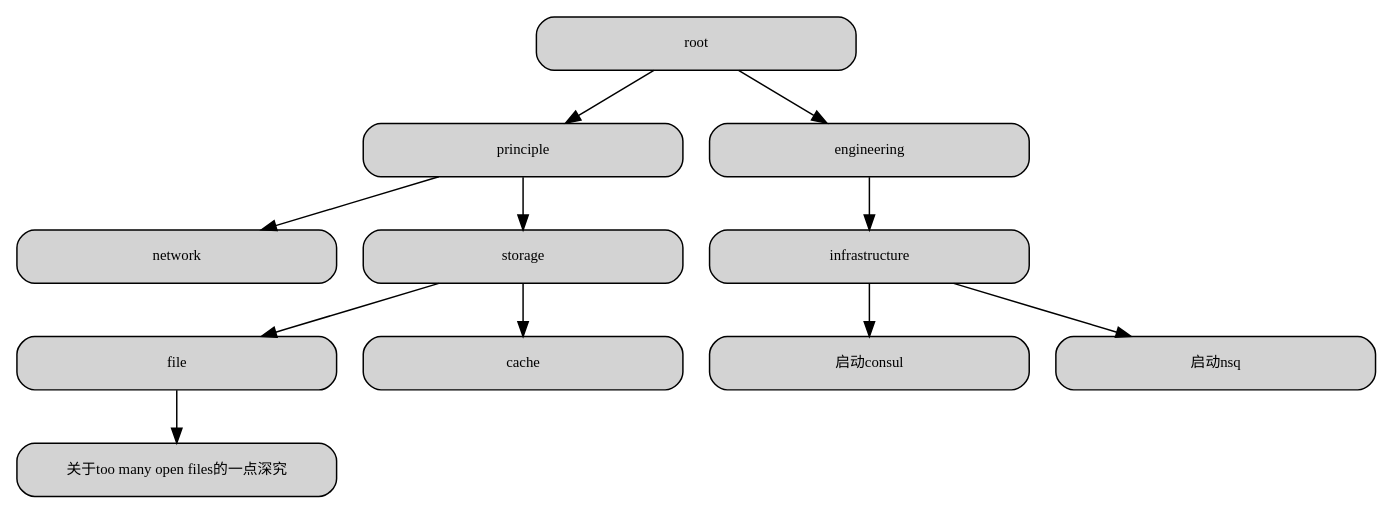
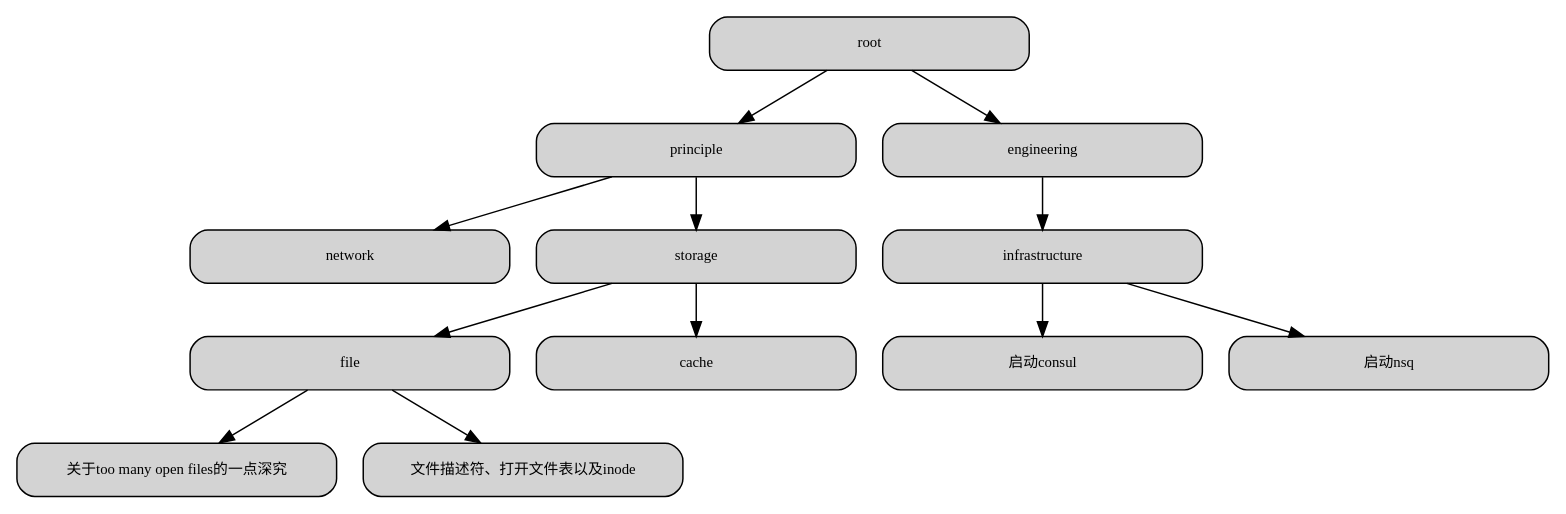
One commit to changjixiong/program_forest changed the diagram in program_forest.dot. Above: the diagram before and after it, drawn with Graphviz. The commit also changed 3 other files, not shown here.

Commit message:
add fd_openfiletable_and_inode

```diff
--- a/program_forest.dot
+++ b/program_forest.dot
@@ -1,39 +1,43 @@
 digraph forest {
 	
 	style="rounded,filled"
 
 	{
 		node [shape="box", style="rounded,filled", fixedsize=true, width=3, height=0.5, fontname="Futura", fontsize=10]
 		root
 		principle
 		network
 		storage
 		file
 		cache
 		engineering
 		infrastructure
 
 		a_slight_dive_into_too_many_open_files [label = "关于too many open files的一点深究" URL="https://github.com/changjixiong/program_forest/blob/master/root/principle/storage/file/a_slight_dive_into_too_many_open_files.md"]
-	
+		fd_openfiletable_and_inode [label = "文件描述符、打开文件表以及inode" URL="https://github.com/changjixiong/program_forest/blob/master/root/principle/storage/file/fd_openfiletable_and_inode.md"]
+
 		start_a_consul [label = "启动consul" URL="https://github.com/changjixiong/program_forest/blob/master/root/engineering/infrastructure/start-a-consul.md"]
 		start_a_nsq [label = "启动nsq" URL="https://github.com/changjixiong/program_forest/blob/master/root/engineering/infrastructure/start-a-nsq.md"]
+
 
 	}
 
 	root -> principle
 	root -> engineering
 
 	principle ->network
 	principle ->storage
 
 	engineering -> infrastructure
 
 	storage->file
 	storage->cache
 
 
 	infrastructure -> start_a_consul
 	infrastructure -> start_a_nsq
+
 	file -> a_slight_dive_into_too_many_open_files
+	file -> fd_openfiletable_and_inode
 
 }
```
